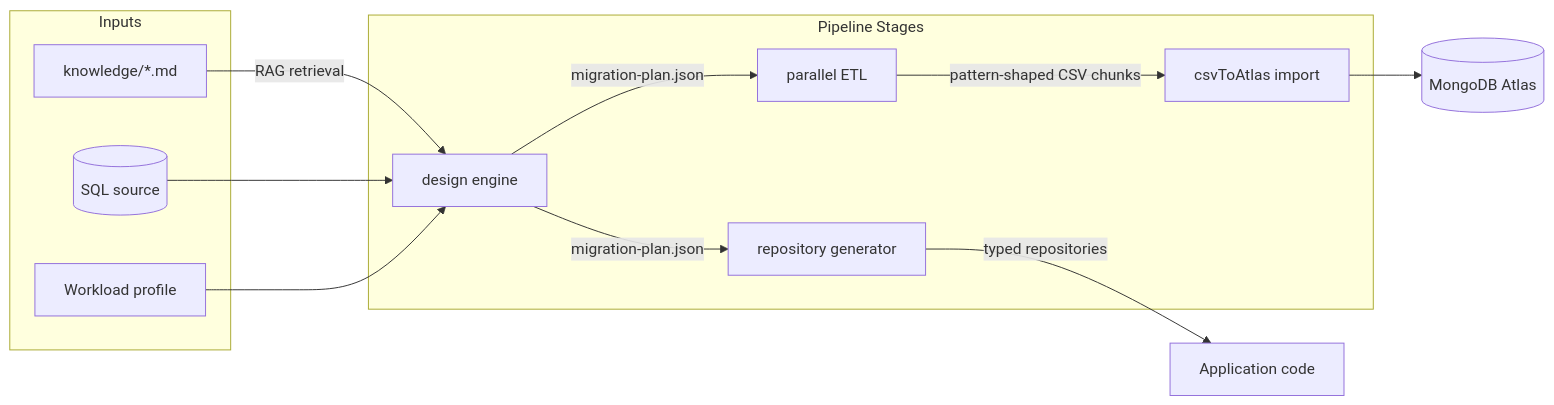
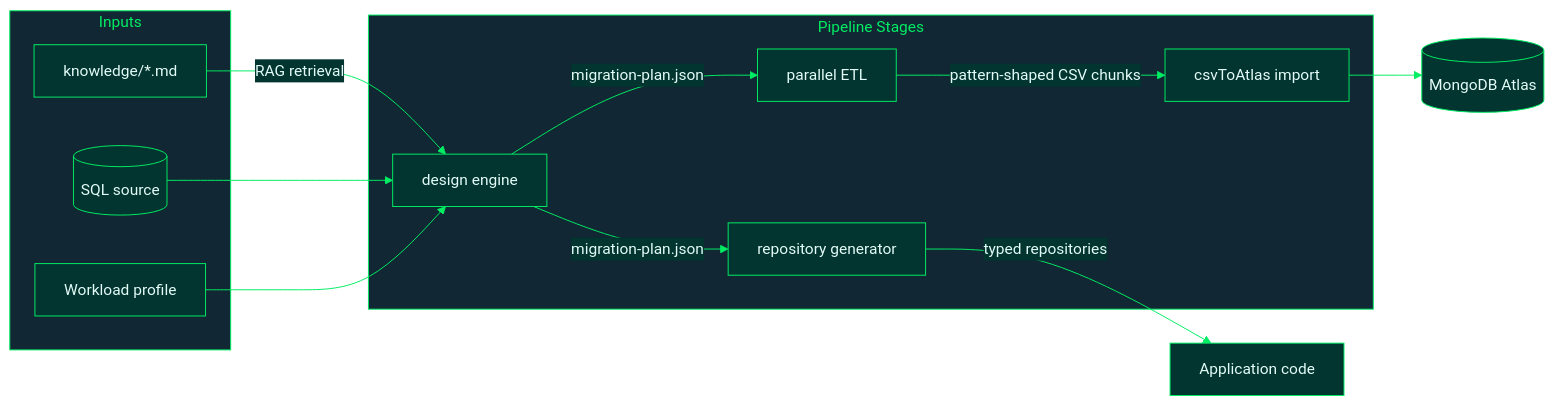
Before and after one commit to 7erry/hvyMETL: the diagram in docs/README.md, drawn with Mermaid. The commit also changed 3 other files, not shown here.

First line of the commit message:
Apply MongoDB LeafyGreen palette to all Mermaid diagrams.

````diff
--- a/docs/README.md
+++ b/docs/README.md
@@ -37,22 +37,23 @@
 ```mermaid
+%%{init:{"theme":"base","themeVariables":{"darkMode":true,"background":"#001E2B","mainBkg":"#023430","secondBkg":"#00684A","tertiaryBkg":"#112733","primaryColor":"#00684A","primaryTextColor":"#E3FCF7","primaryBorderColor":"#00ED64","secondaryColor":"#023430","secondaryTextColor":"#E3FCF7","secondaryBorderColor":"#00A35C","tertiaryColor":"#112733","tertiaryTextColor":"#C0FAE6","tertiaryBorderColor":"#00ED64","lineColor":"#00ED64","textColor":"#E3FCF7","nodeTextColor":"#E3FCF7","clusterBkg":"#112733","clusterBorder":"#00ED64","titleColor":"#00ED64","edgeLabelBackground":"#023430","nodeBorder":"#00ED64","actorBkg":"#00684A","actorBorder":"#00ED64","actorTextColor":"#E3FCF7","signalColor":"#00ED64","labelBoxBkgColor":"#023430","labelBoxBorderColor":"#00ED64","labelTextColor":"#E3FCF7","loopTextColor":"#E3FCF7","noteBkgColor":"#112733","noteBorderColor":"#00ED64","noteTextColor":"#E3FCF7","activationBkgColor":"#00A35C","activationBorderColor":"#00ED64","sequenceNumberColor":"#E3FCF7","attributeBackgroundColorOdd":"#023430","attributeBackgroundColorEven":"#112733","classText":"#E3FCF7","classLabelColor":"#00ED64"}}}%%
 flowchart LR
     subgraph inputs [Inputs]
         SQL[(SQL source)]
         Profile[Workload profile]
         KB[knowledge/*.md]
     end
     subgraph stages [Pipeline Stages]
         Design[design engine]
         Etl[parallel ETL]
         Import[csvToAtlas import]
         Repogen[repository generator]
     end
     KB -->|"RAG retrieval"| Design
     SQL --> Design
     Profile --> Design
     Design -->|"migration-plan.json"| Etl
     Etl -->|"pattern-shaped CSV chunks"| Import
     Import --> Atlas[(MongoDB Atlas)]
     Design -->|"migration-plan.json"| Repogen
     Repogen -->|"typed repositories"| App[Application code]
 ```
````
